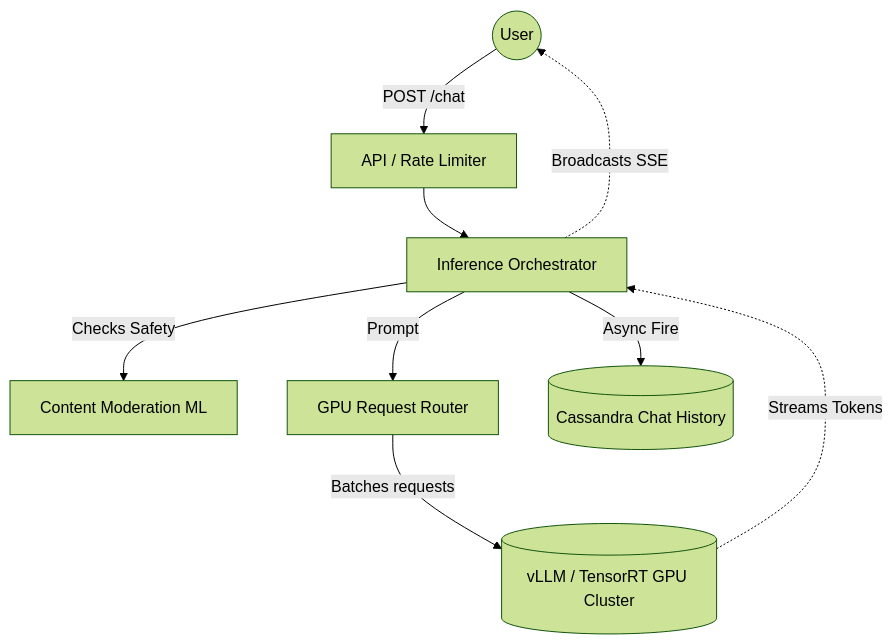
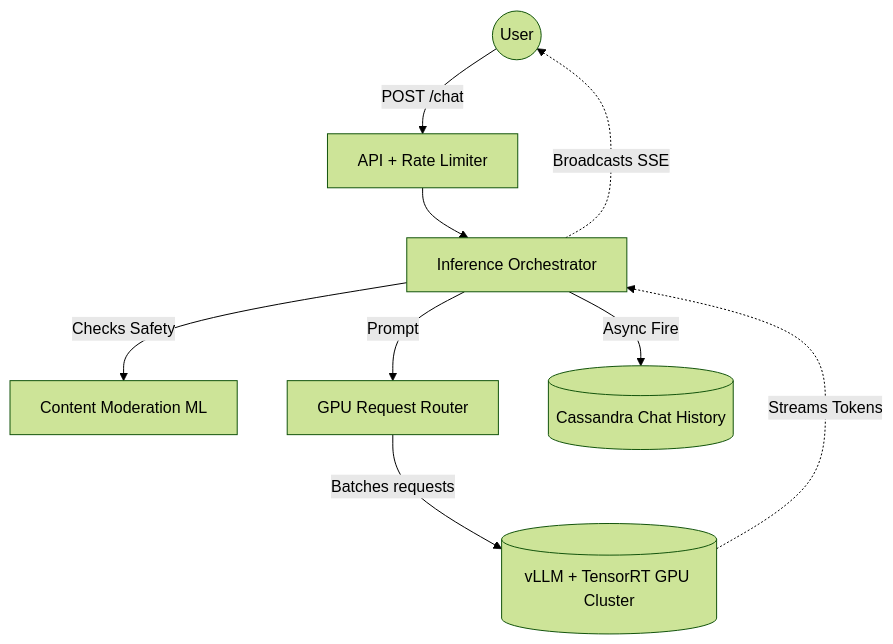
Before and after one commit to Amit506/System-Design: the diagram in Premium-Edition/02_Architectures/16_ChatGPT_LLM_Inference.md, drawn with Mermaid (forest theme). The commit also changed 32 other files, not shown here.

````diff
--- a/Premium-Edition/02_Architectures/16_ChatGPT_LLM_Inference.md
+++ b/Premium-Edition/02_Architectures/16_ChatGPT_LLM_Inference.md
@@ -32,17 +32,17 @@
 ```mermaid
 graph TD
-    User((User)) -->|POST /chat| API_Gateway[API / Rate Limiter]
+    User((User)) -->|POST /chat| API_Gateway[API + Rate Limiter]
     
     API_Gateway --> Orchestrator[Inference Orchestrator]
     
     Orchestrator -->|Checks Safety| Moderation[Content Moderation ML]
     
     Orchestrator -->|Prompt| GPU_Router[GPU Request Router]
     
-    GPU_Router -->|Batches requests| Inference_Cluster[(vLLM / TensorRT GPU Cluster)]
+    GPU_Router -->|Batches requests| Inference_Cluster[(vLLM + TensorRT GPU Cluster)]
     
     Inference_Cluster -.->|Streams Tokens| Orchestrator
     Orchestrator -.->|Broadcasts SSE| User
     
     Orchestrator -->|Async Fire| DbSync[(Cassandra Chat History)]
 ```
````
